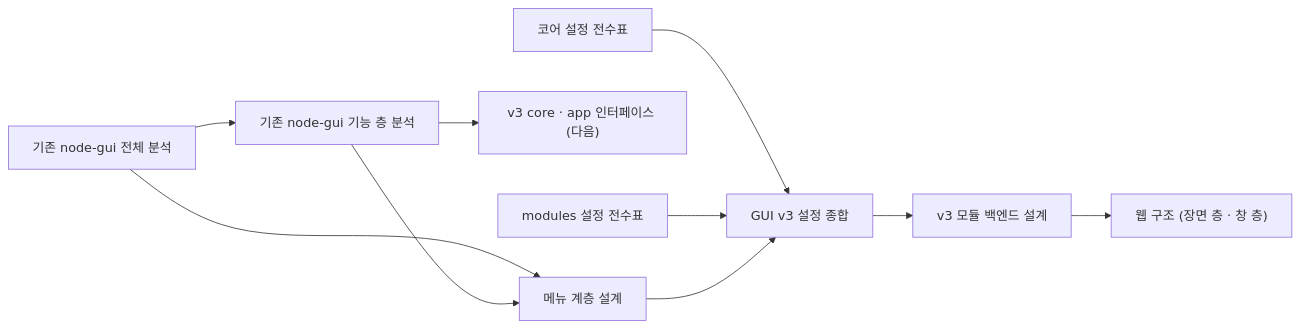
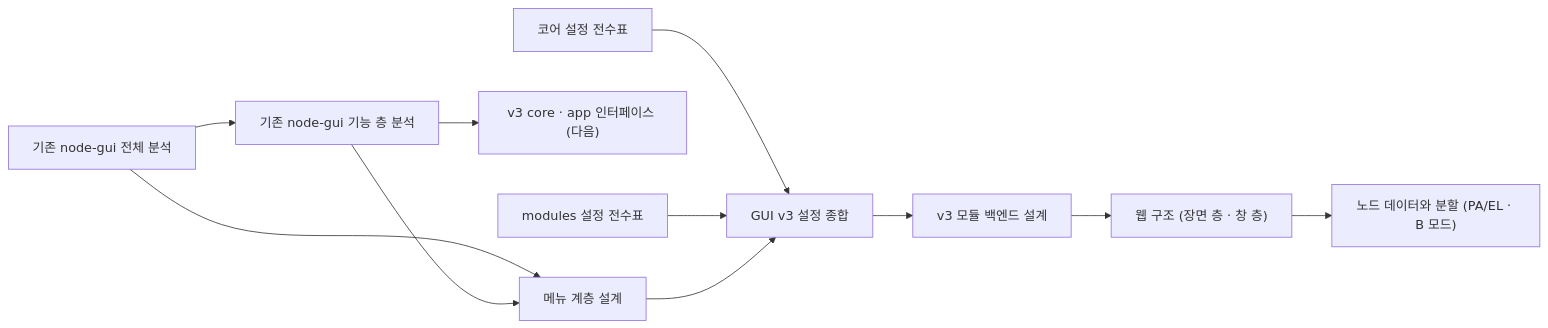
Before and after one commit to StellaxiaLab/modules: the diagram in common/lab.stellaxia.gui-v3/docs/README.md, drawn with Mermaid. The commit also changed other lines of this file and 29 other files, not shown here.

````diff
--- a/common/lab.stellaxia.gui-v3/docs/README.md
+++ b/common/lab.stellaxia.gui-v3/docs/README.md
@@ -35,12 +36,13 @@
 ```mermaid
 flowchart LR
   A["기존 node-gui 전체 분석"] --> B["기존 node-gui 기능 층 분석"]
   A --> D["메뉴 계층 설계"]
   B --> D
   B --> C["v3 core · app 인터페이스 (다음)"]
   E["코어 설정 전수표"] --> S["GUI v3 설정 종합"]
   F["modules 설정 전수표"] --> S
   D --> S
   S --> BE["v3 모듈 백엔드 설계"]
   BE --> WA["웹 구조 (장면 층 · 창 층)"]
+  WA --> ND["노드 데이터와 분할 (PA/EL · B 모드)"]
 ```
````
